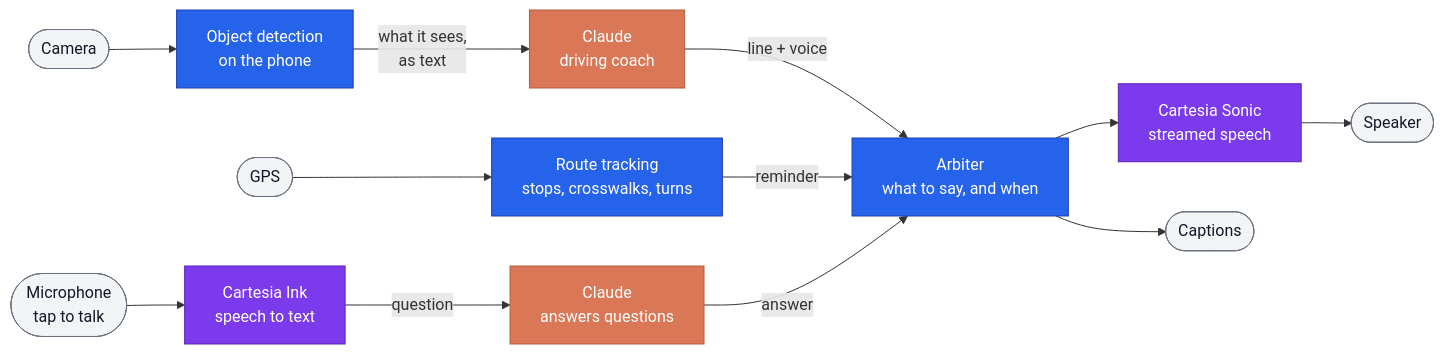
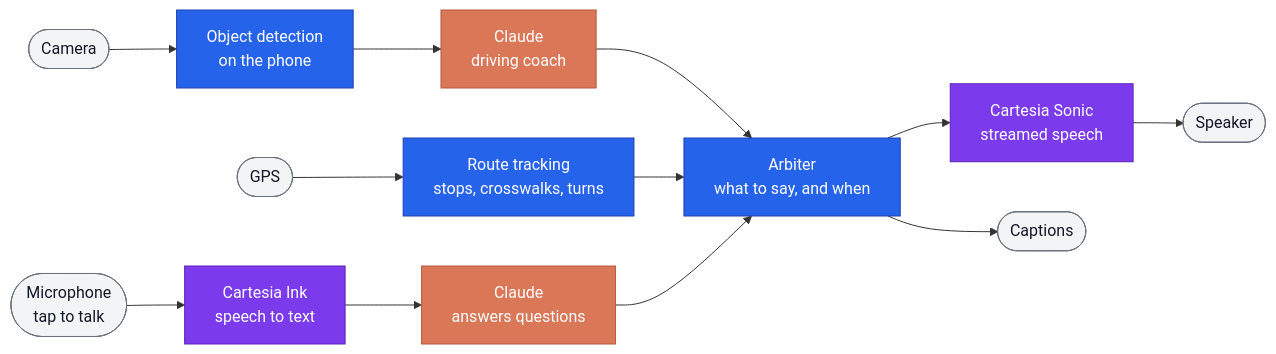
One commit to nithila-sadheesh/calhacks13 changed the diagram in README.md. Above: the diagram before and after it, drawn with Mermaid.

Commit message:
docs: drop arrow labels from README flowchart

````diff
--- a/README.md
+++ b/README.md
@@ -11,27 +11,27 @@
 ```mermaid
 flowchart LR
     CAM(["Camera"]) --> VIS["Object detection<br/>on the phone"]
-    VIS -- "what it sees,<br/>as text" --> COACH["Claude<br/>driving coach"]
+    VIS --> COACH["Claude<br/>driving coach"]
 
     GPS(["GPS"]) --> MAP["Route tracking<br/>stops, crosswalks, turns"]
 
     MIC(["Microphone<br/>tap to talk"]) --> INK["Cartesia Ink<br/>speech to text"]
-    INK -- "question" --> ASK["Claude<br/>answers questions"]
+    INK --> ASK["Claude<br/>answers questions"]
 
-    COACH -- "line + voice" --> ARB["Arbiter<br/>what to say, and when"]
-    MAP -- "reminder" --> ARB
-    ASK -- "answer" --> ARB
+    COACH --> ARB["Arbiter<br/>what to say, and when"]
+    MAP --> ARB
+    ASK --> ARB
 
     ARB --> SONIC["Cartesia Sonic<br/>streamed speech"]
     SONIC --> SPK(["Speaker"])
     ARB --> CAP(["Captions"])
 
     classDef device fill:#2563eb,stroke:#1e40af,color:#ffffff
     classDef claude fill:#d97757,stroke:#b45b3e,color:#ffffff
     classDef cartesia fill:#7c3aed,stroke:#5b21b6,color:#ffffff
     classDef io fill:#f3f4f6,stroke:#6b7280,color:#111827
     class VIS,MAP,ARB device
     class COACH,ASK claude
     class INK,SONIC cartesia
     class CAM,GPS,MIC,SPK,CAP io
 ```
````
